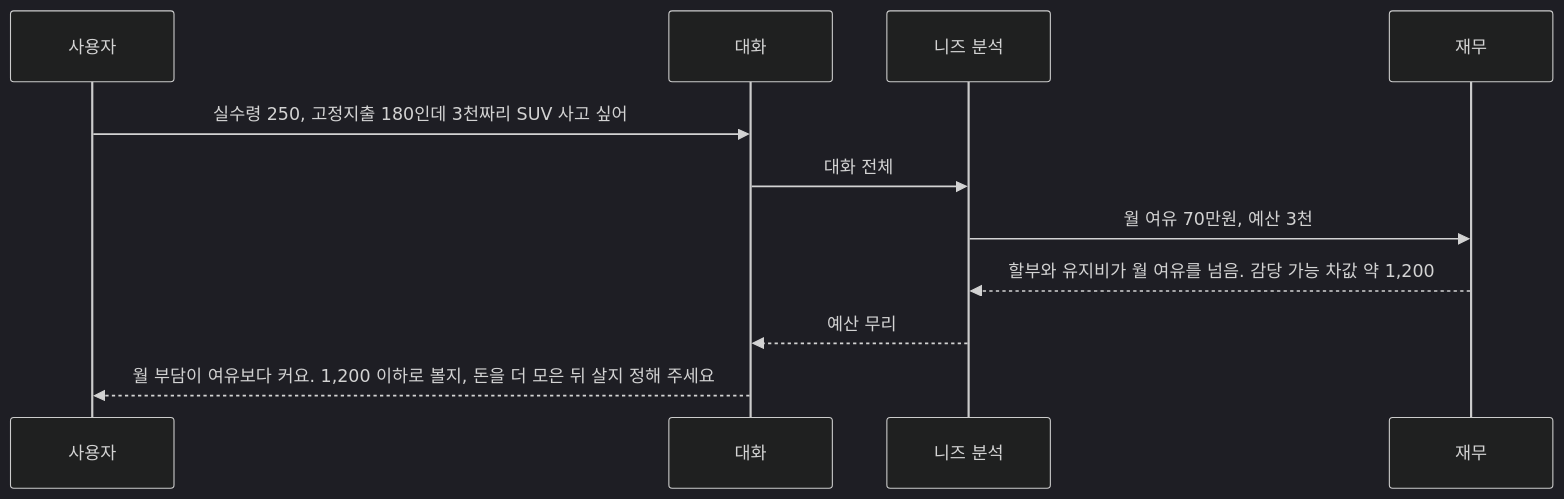
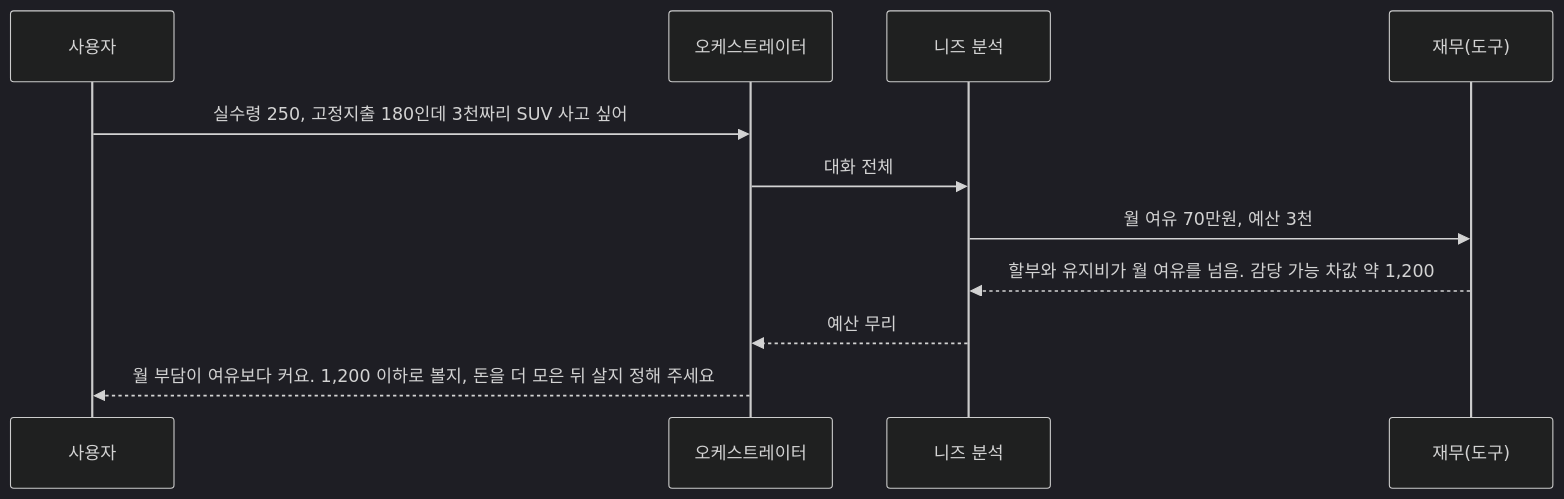
The third of 6 diagrams in docs/agent-design.md (Jacod97/car-recommend-agent), drawn with Mermaid (dark theme) before and after one commit. The commit also changed other lines of this file and 2 other files, not shown here.

````diff
--- a/docs/agent-design.md
+++ b/docs/agent-design.md
@@ -97,13 +103,13 @@
 ```mermaid
 sequenceDiagram
     participant U as 사용자
-    participant D as 대화
+    participant O as 오케스트레이터
     participant N as 니즈 분석
-    participant F as 재무
-    U->>D: 실수령 250, 고정지출 180인데 3천짜리 SUV 사고 싶어
-    D->>N: 대화 전체
+    participant F as 재무(도구)
+    U->>O: 실수령 250, 고정지출 180인데 3천짜리 SUV 사고 싶어
+    O->>N: 대화 전체
     N->>F: 월 여유 70만원, 예산 3천
     F-->>N: 할부와 유지비가 월 여유를 넘음. 감당 가능 차값 약 1,200
-    N-->>D: 예산 무리
-    D-->>U: 월 부담이 여유보다 커요. 1,200 이하로 볼지, 돈을 더 모은 뒤 살지 정해 주세요
+    N-->>O: 예산 무리
+    O-->>U: 월 부담이 여유보다 커요. 1,200 이하로 볼지, 돈을 더 모은 뒤 살지 정해 주세요
 ```
````
